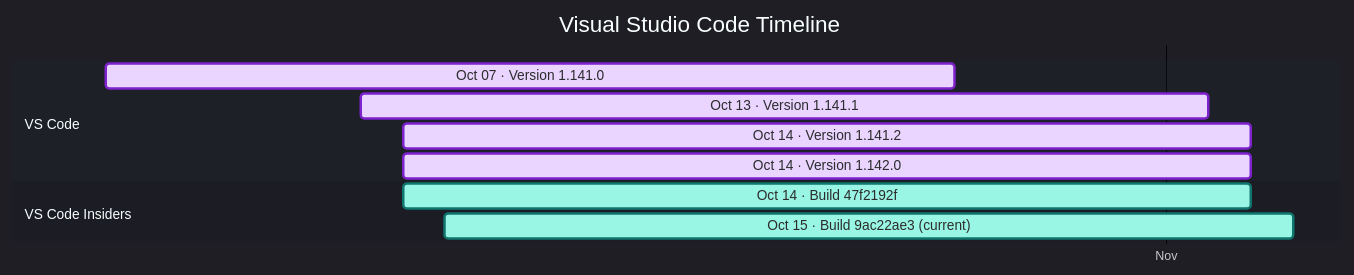
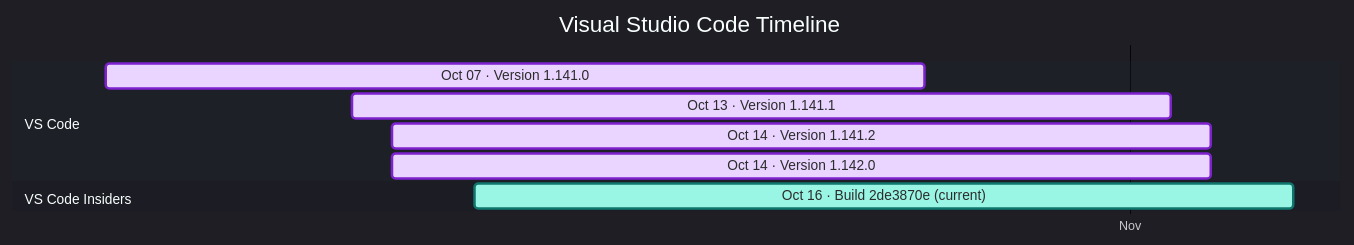
Before and after one commit to Oxelya-DevTools/VisualStudioUpdate: the diagram in docs/vscode.md, drawn with Mermaid. The commit also changed other lines of this file and 1 other file, not shown here.

````diff
--- a/docs/vscode.md
+++ b/docs/vscode.md
@@ -9,16 +9,15 @@
 ```mermaid
 %%{init: {'theme':'dark','themeVariables': { 'fontFamily': 'Segoe UI', 'fontSize': '24px', 'textColor': '#F3F4F6', 'titleTextColor': '#FFFFFF', 'taskTextColor': '#111827', 'taskTextLightColor': '#111827', 'taskTextOutsideColor': '#F3F4F6', 'taskBkgColor': '#BAE6FD', 'taskBorderColor': '#0369A1', 'doneTaskBkgColor': '#E9D5FF', 'doneTaskBorderColor': '#7E22CE', 'activeTaskBkgColor': '#99F6E4', 'activeTaskBorderColor': '#0F766E', 'critTaskBkgColor': '#FED7AA', 'critTaskBorderColor': '#C2410C', 'sectionBkgColor': '#1F2937', 'altSectionBkgColor': '#111827', 'gridColor': '#4B5563', 'todayLineColor': '#F87171' }}}%%
 gantt
     title Visual Studio Code Timeline
     dateFormat  YYYY-MM-DD
     axisFormat  %b
     tickInterval 1month
     section VS Code
     Oct 07 · Version 1.141.0 : done, vscode202610070, 2026-10-07, 20d
     Oct 13 · Version 1.141.1 : done, vscode202610131, 2026-10-13, 20d
     Oct 14 · Version 1.141.2 : done, vscode202610142, 2026-10-14, 20d
     Oct 14 · Version 1.142.0 : done, vscode202610143, 2026-10-14, 20d
     section VS Code Insiders
-    Oct 14 · Build 47f2192f : active, vscodeinsiders202610140, 2026-10-14, 20d
-    Oct 15 · Build 9ac22ae3 (current) : active, vscodeinsiders202610151, 2026-10-15, 20d
+    Oct 16 · Build 2de3870e (current) : active, vscodeinsiders202610160, 2026-10-16, 20d
 ```
````
